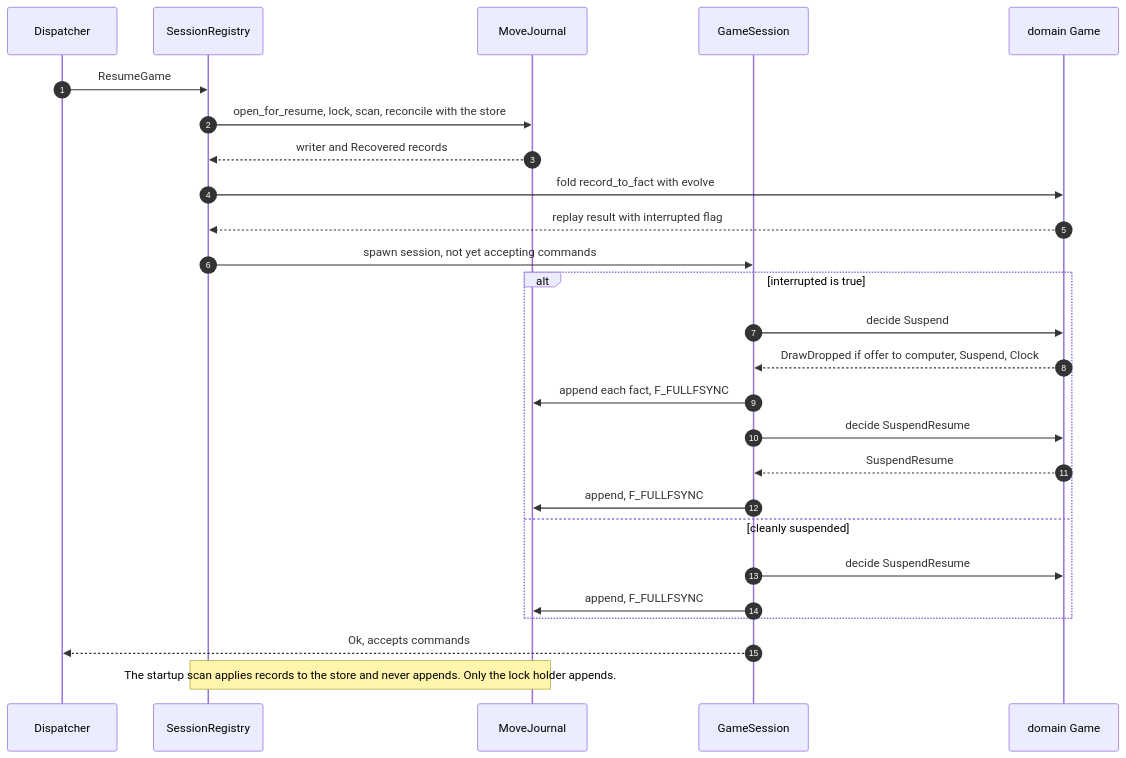
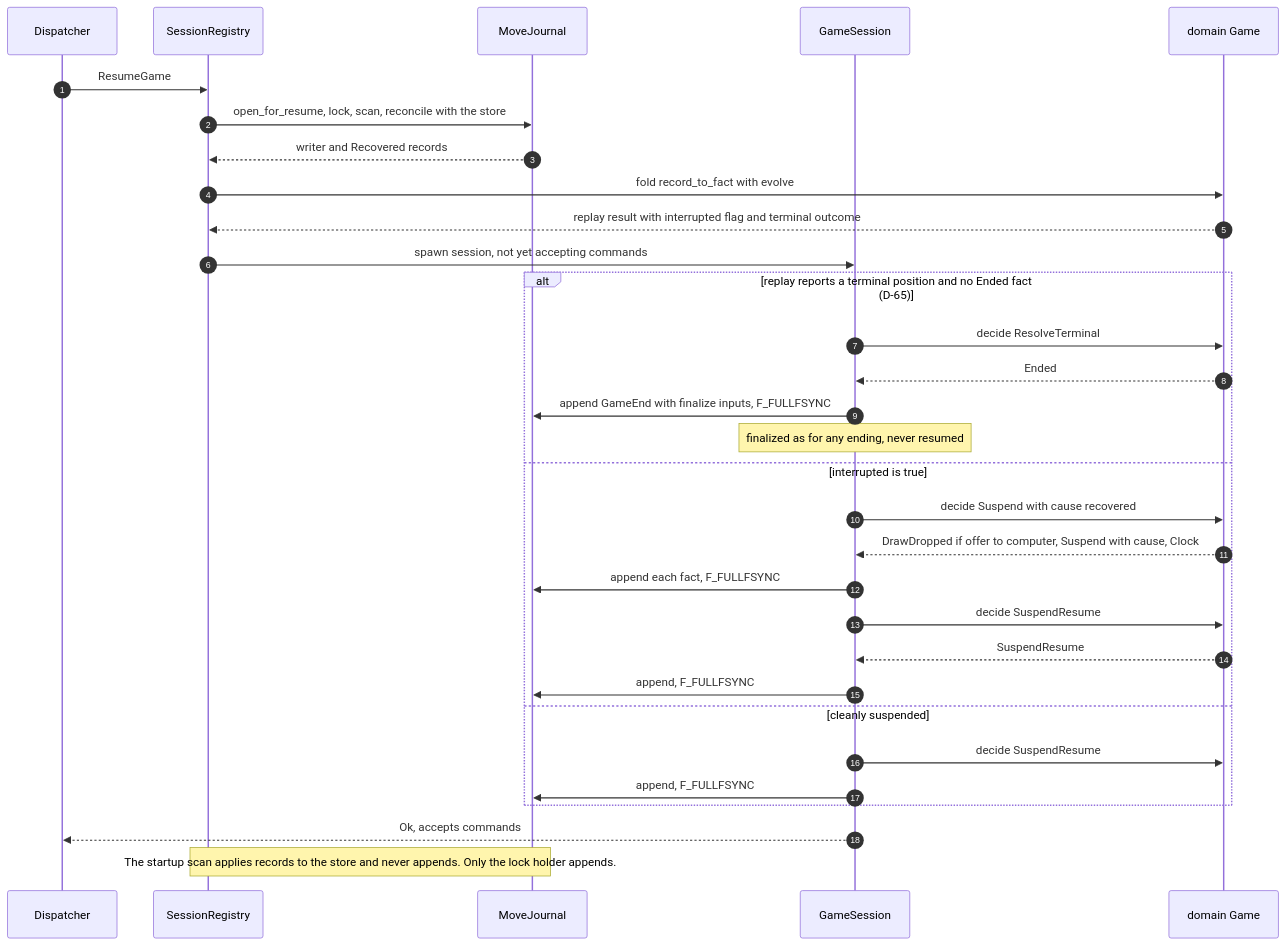
Before and after one commit to bprascher/chess: diagram 12 of 15 in docs/design/SDD-chess-app.md, drawn with Mermaid. The commit also changed other lines of this file and 9 other files, not shown here.

First line of the commit message:
Apply architecture Amendment 8 and addenda B and C, and align the SDDs

````diff
--- a/docs/design/SDD-chess-app.md
+++ b/docs/design/SDD-chess-app.md
@@ -729,28 +729,33 @@
 ```mermaid
 sequenceDiagram
     autonumber
     participant D as Dispatcher
     participant RG as SessionRegistry
     participant J as MoveJournal
     participant GS as GameSession
     participant G as domain Game
     D->>RG: ResumeGame
     RG->>J: open_for_resume, lock, scan, reconcile with the store
     J-->>RG: writer and Recovered records
     RG->>G: fold record_to_fact with evolve
-    G-->>RG: replay result with interrupted flag
+    G-->>RG: replay result with interrupted flag and terminal outcome
     RG->>GS: spawn session, not yet accepting commands
-    alt interrupted is true
-        GS->>G: decide Suspend
-        G-->>GS: DrawDropped if offer to computer, Suspend, Clock
+    alt replay reports a terminal position and no Ended fact (D-65)
+        GS->>G: decide ResolveTerminal
+        G-->>GS: Ended
+        GS->>J: append GameEnd with finalize inputs, F_FULLFSYNC
+        Note over GS: finalized as for any ending, never resumed
+    else interrupted is true
+        GS->>G: decide Suspend with cause recovered
+        G-->>GS: DrawDropped if offer to computer, Suspend with cause, Clock
         GS->>J: append each fact, F_FULLFSYNC
         GS->>G: decide SuspendResume
         G-->>GS: SuspendResume
         GS->>J: append, F_FULLFSYNC
     else cleanly suspended
         GS->>G: decide SuspendResume
         GS->>J: append, F_FULLFSYNC
     end
     GS-->>D: Ok, accepts commands
     Note over RG,J: The startup scan applies records to the store and never appends. Only the lock holder appends.
 ```
````
